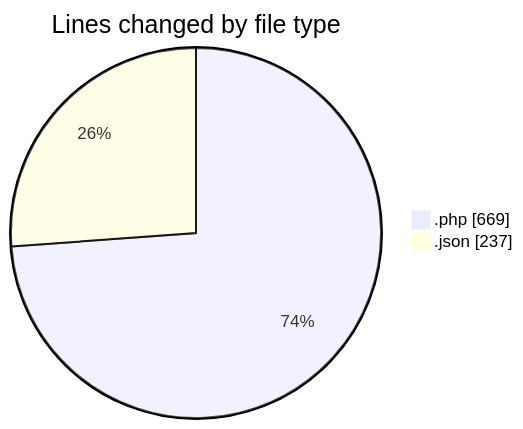
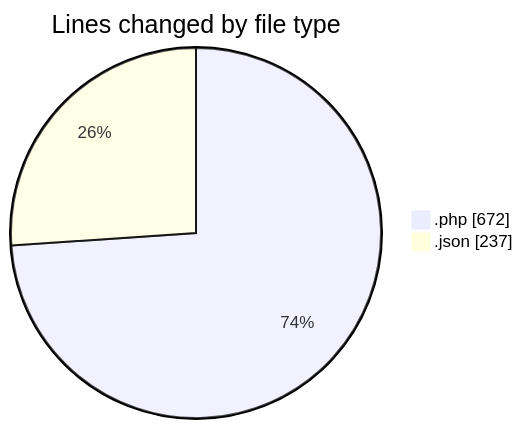
The first of 2 diagrams in 2025-06-22/studio-backend/README.md (idhammustaqopulfikri/code-tracking), drawn with Mermaid before and after one commit. The commit also changed other lines of this file and 1 other file, not shown here.

````diff
--- a/2025-06-22/studio-backend/README.md
+++ b/2025-06-22/studio-backend/README.md
@@ -25,6 +25,6 @@
 ```mermaid
 pie showData
 title Lines changed by file type
-".php" : 669
+".php" : 672
 ".json" : 237
 ```
````
